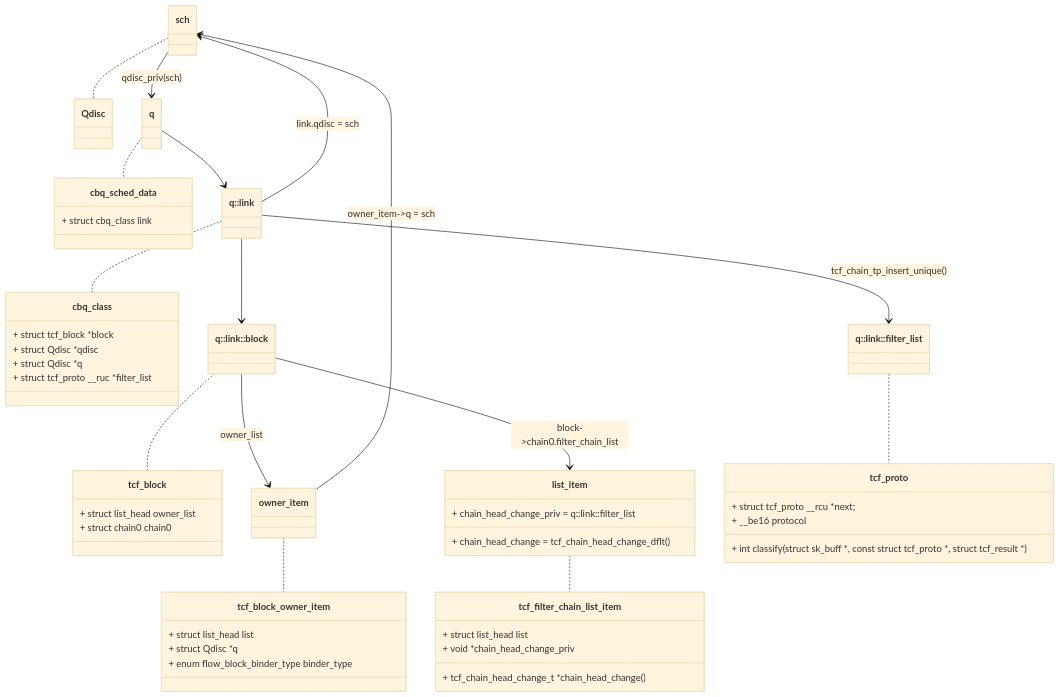
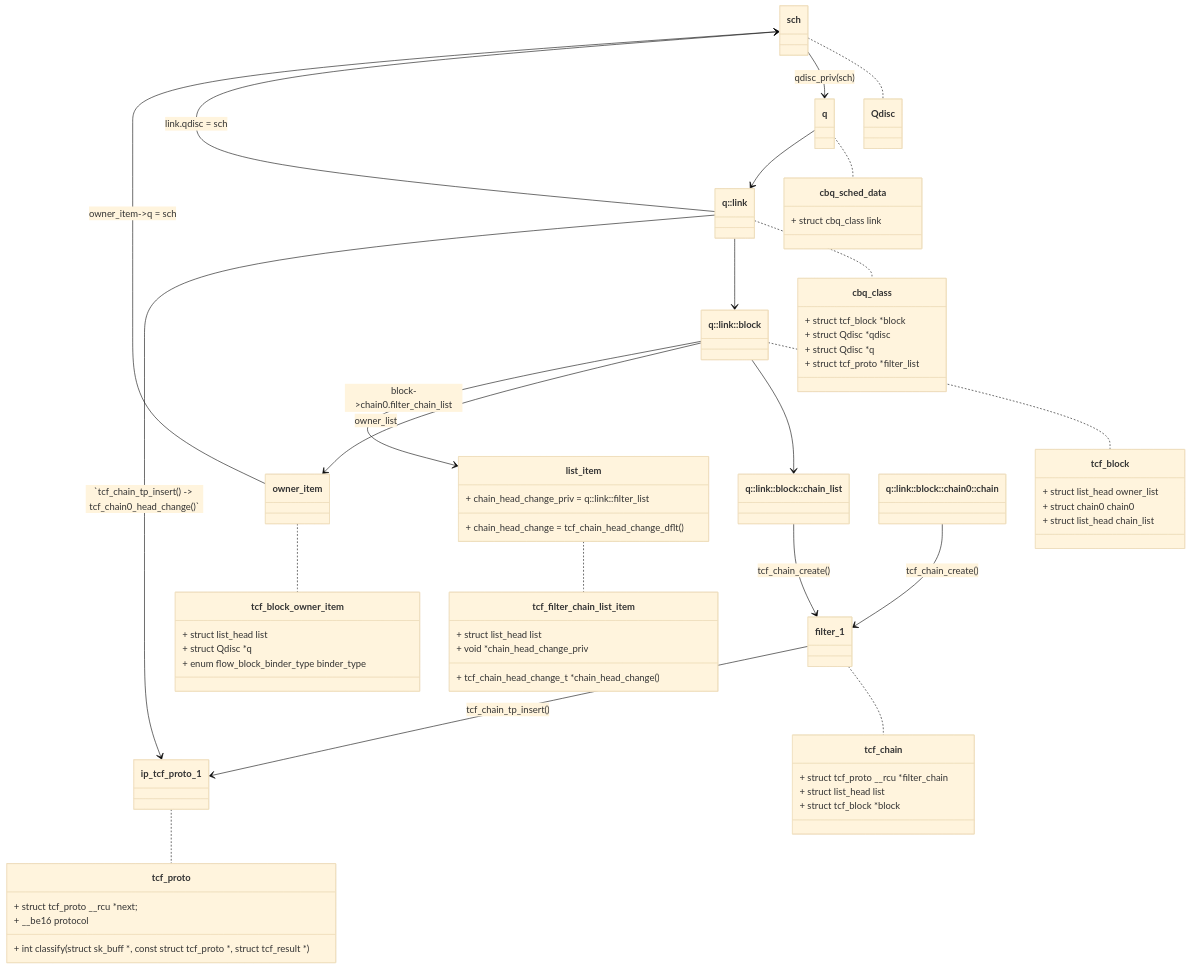
One commit to FXShu/Kernel-notes changed the second of 2 diagrams in packet_schedule.md. Above: the diagram before and after it, drawn with Mermaid (base theme). The commit also changed other lines of this file, not shown here.

````diff
--- a/packet_schedule.md
+++ b/packet_schedule.md
@@ -632,54 +593,65 @@
 ```mermaid
 	classDiagram
 	class Qdisc {
 
 	}
 	sch .. Qdisc
 	class cbq_sched_data {
 		+ struct cbq_class link
 	}
 	q .. cbq_sched_data
 	class cbq_class {
 		+ struct tcf_block *block
 		+ struct Qdisc *qdisc
 		+ struct Qdisc *q
-		+ struct tcf_proto __ruc *filter_list
+		+ struct tcf_proto *filter_list
 	}
 	`q::link` .. cbq_class
 	q --> `q::link`
 	`q::link` --> sch : link.qdisc = sch
 	class tcf_block {
 		+ struct list_head owner_list
 		+ struct chain0 chain0
+		+ struct list_head chain_list
 	}
 	`q::link::block` .. tcf_block
 	`q::link` --> `q::link::block`
+	`q::link::block` --> `q::link::block::chain_list`
 	class tcf_block_owner_item {
 		+ struct list_head list
 		+ struct Qdisc *q
 		+ enum flow_block_binder_type binder_type
 	}
 	owner_item .. tcf_block_owner_item
 	owner_item --> sch : owner_item->q = sch
 	`q::link::block` --> owner_item : owner_list
 	class tcf_filter_chain_list_item {
 		+ struct list_head list
 		+ tcf_chain_head_change_t *chain_head_change()
 		+ void *chain_head_change_priv
 	}
 	class list_item{
 		+ chain_head_change = tcf_chain_head_change_dflt()
 		+ chain_head_change_priv = q::link::filter_list
 	}
 	list_item .. tcf_filter_chain_list_item
 	`q::link::block` --> list_item : block->chain0.filter_chain_list
 	sch --> q : qdisc_priv(sch)
-	
+
+	class tcf_chain {
+		+ struct tcf_proto __rcu *filter_chain
+		+ struct list_head list
+		+ struct tcf_block *block
+	}
+	filter_1 .. tcf_chain
+	`q::link::block::chain0::chain` --> filter_1 : tcf_chain_create()
+	`q::link::block::chain_list` --> filter_1 : tcf_chain_create()
 	class tcf_proto {
 		+ struct tcf_proto __rcu *next;
 		+ int classify(struct sk_buff *, const struct tcf_proto *, struct tcf_result *)
 		+ __be16 protocol
 	}
-	`q::link` --> `q::link::filter_list` : tcf_chain_tp_insert_unique()
-	`q::link::filter_list` .. tcf_proto
+	ip_tcf_proto_1 .. tcf_proto
+	`q::link` --> ip_tcf_proto_1 : `tcf_chain_tp_insert() -> tcf_chain0_head_change()`
+	filter_1 --> ip_tcf_proto_1 : tcf_chain_tp_insert()
 ```
````
